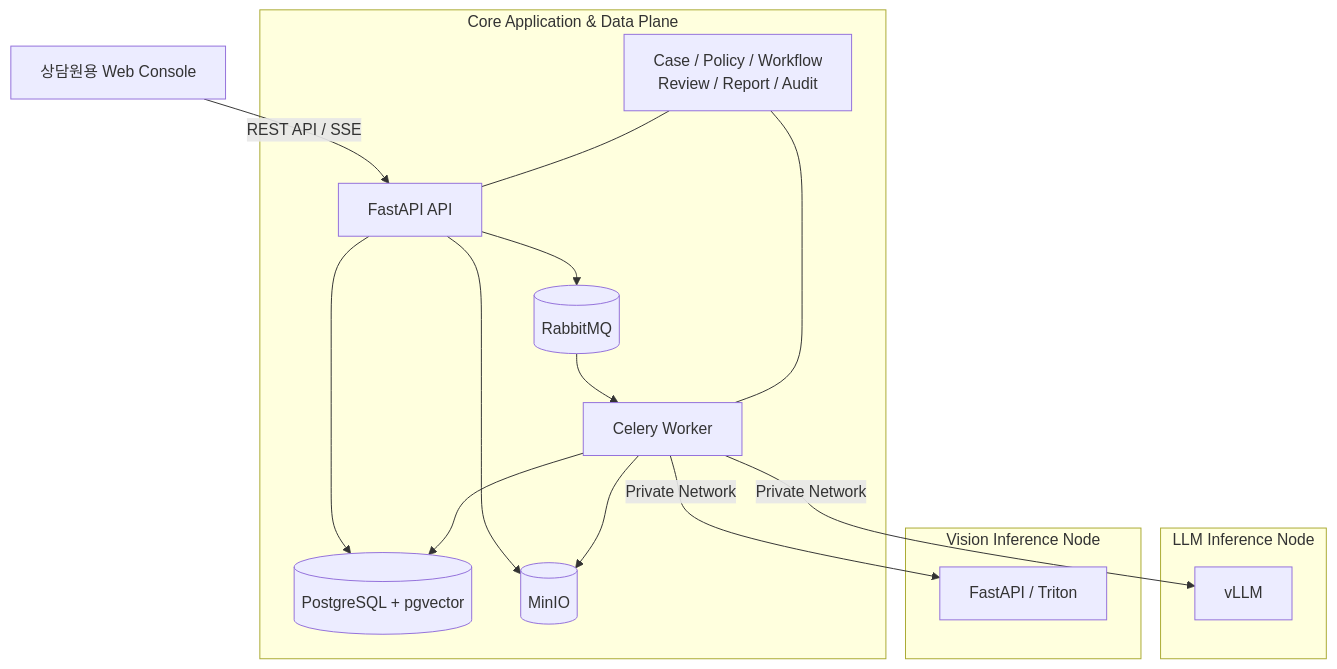
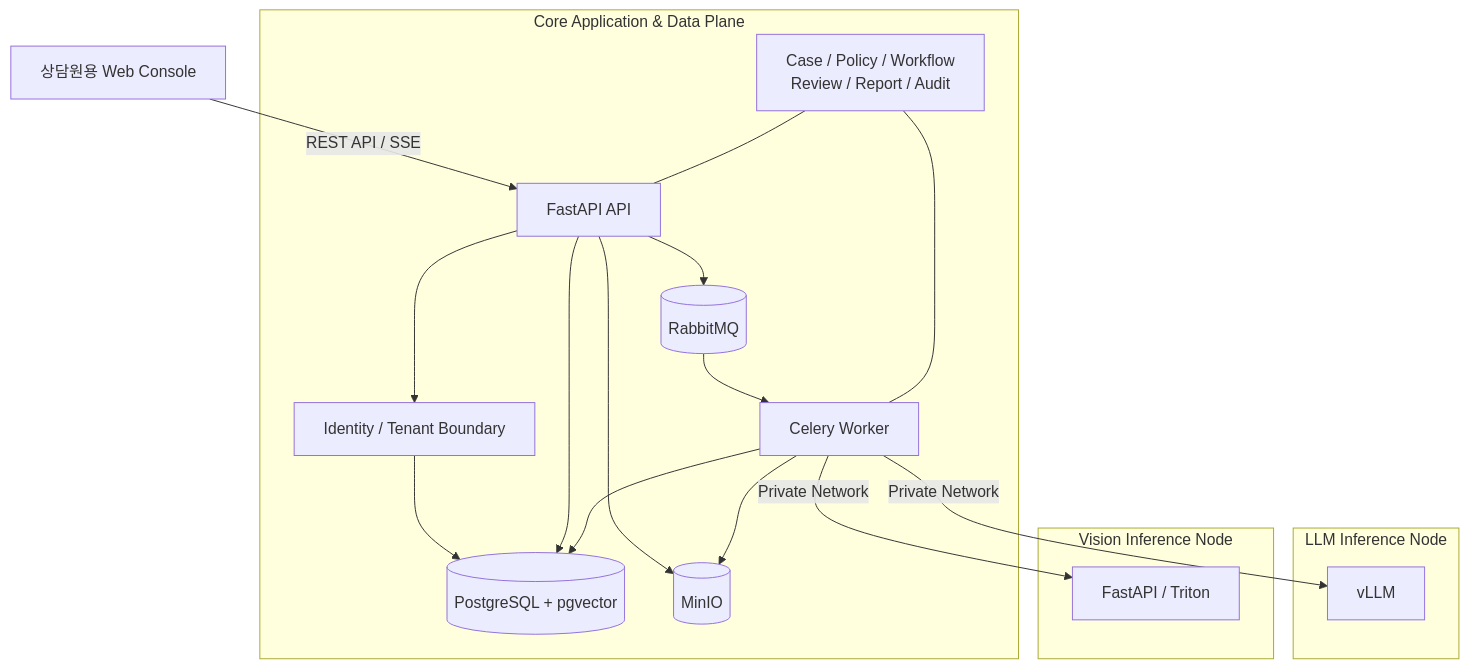
The first of 4 diagrams in CSight_project_docs/docs/03_ARCHITECTURE.md (CSightICT/csight-core), drawn with Mermaid before and after one commit. The commit also changed other lines of this file and 98 other files, not shown here.

````diff
--- a/CSight_project_docs/docs/03_ARCHITECTURE.md
+++ b/CSight_project_docs/docs/03_ARCHITECTURE.md
@@ -16,33 +16,36 @@
 ```mermaid
 flowchart TB
     WEB[상담원용 Web Console]
 
     subgraph CORE[Core Application & Data Plane]
         API[FastAPI API]
         WORKER[Celery Worker]
+        AUTH[Identity / Tenant Boundary]
         DB[(PostgreSQL + pgvector)]
         MQ[(RabbitMQ)]
         OBJ[(MinIO)]
         DOMAIN[Case / Policy / Workflow\nReview / Report / Audit]
     end
 
     subgraph LLM[LLM Inference Node]
         VLLM[vLLM]
     end
 
     subgraph CV[Vision Inference Node]
         CVSVC[FastAPI / Triton]
     end
 
     WEB -->|REST API / SSE| API
+    API --> AUTH
+    AUTH --> DB
     API --> DB
     API --> OBJ
     API --> MQ
     MQ --> WORKER
     WORKER -->|Private Network| VLLM
     WORKER -->|Private Network| CVSVC
     WORKER --> DB
     WORKER --> OBJ
     DOMAIN --- API
     DOMAIN --- WORKER
 ```
````
